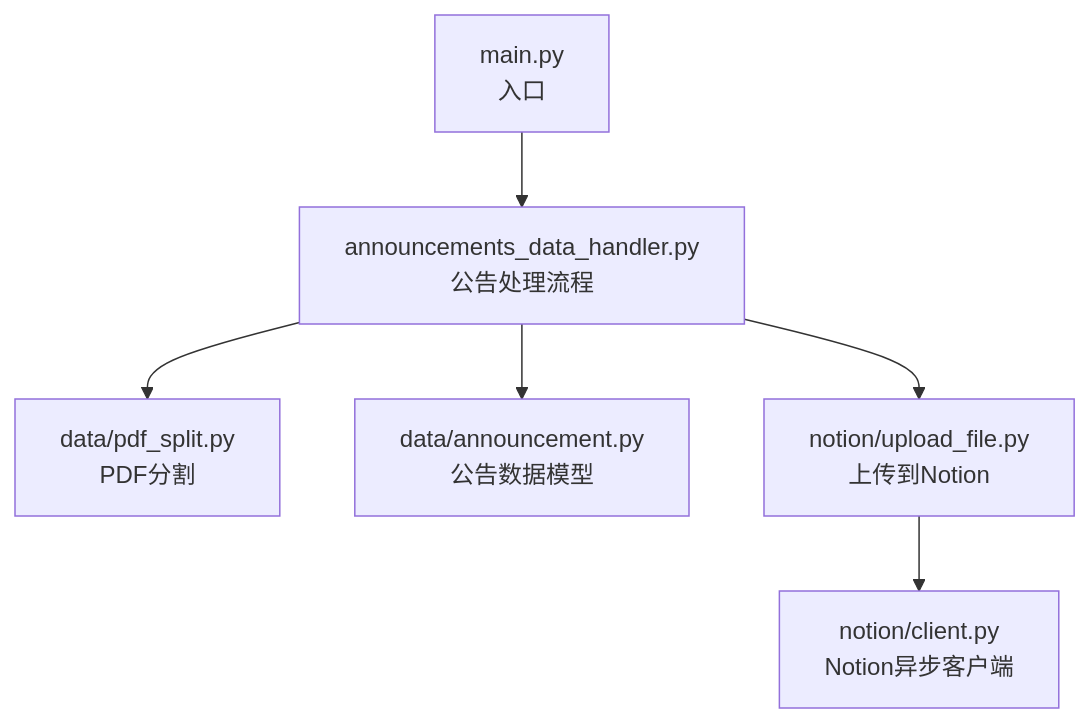
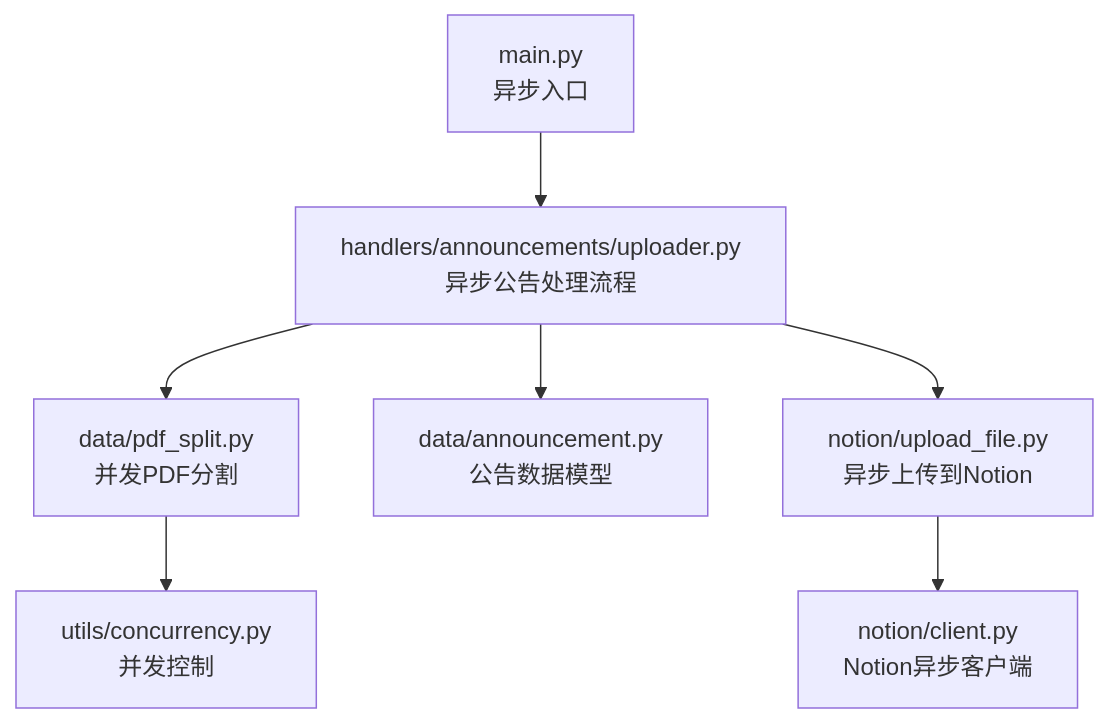
The first of 6 diagrams in .qoder/repowiki/zh/content/核心模块详解/PDF文件处理模块.md (iverwong/DataLife), drawn with Mermaid before and after one commit. The commit also changed other lines of this file and 14 other files, not shown here.

````diff
--- a/.qoder/repowiki/zh/content/核心模块详解/PDF文件处理模块.md
+++ b/.qoder/repowiki/zh/content/核心模块详解/PDF文件处理模块.md
@@ -40,8 +55,9 @@
 ```mermaid
 graph TB
-A["main.py<br/>入口"] --> B["announcements_data_handler.py<br/>公告处理流程"]
-B --> C["data/pdf_split.py<br/>PDF分割"]
+A["main.py<br/>异步入口"] --> B["handlers/announcements/uploader.py<br/>异步公告处理流程"]
+B --> C["data/pdf_split.py<br/>并发PDF分割"]
+C --> U["utils/concurrency.py<br/>并发控制"]
 B --> D["data/announcement.py<br/>公告数据模型"]
-B --> E["notion/upload_file.py<br/>上传到Notion"]
+B --> E["notion/upload_file.py<br/>异步上传到Notion"]
 E --> F["notion/client.py<br/>Notion异步客户端"]
 ```
````
